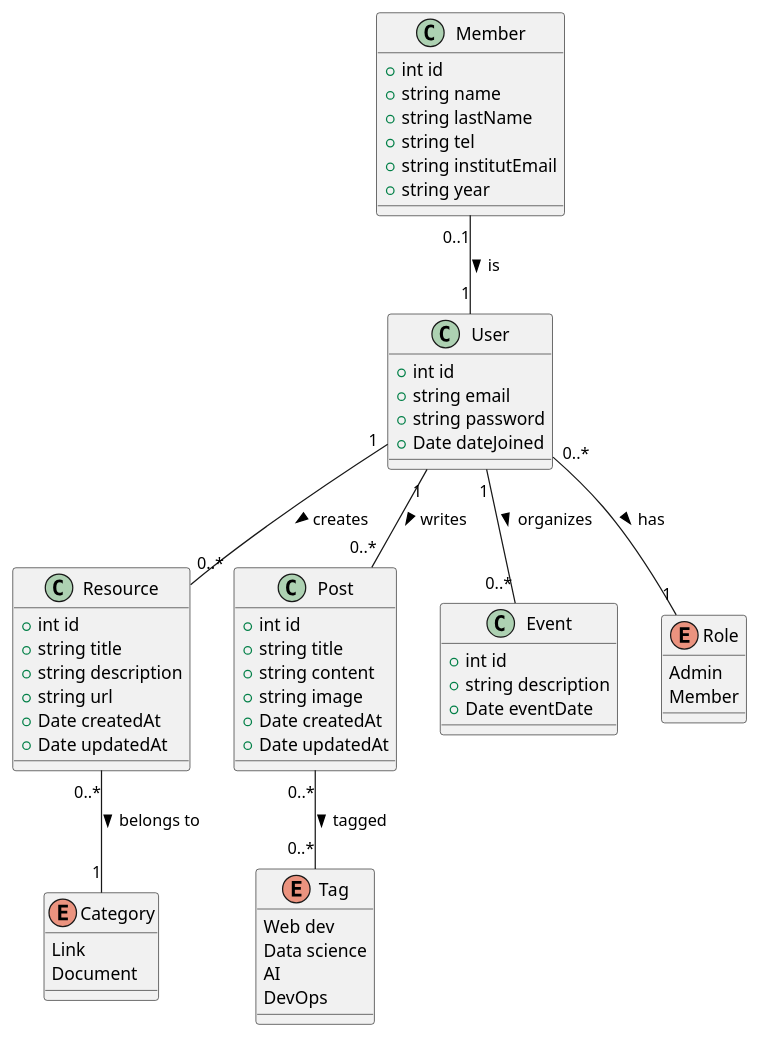
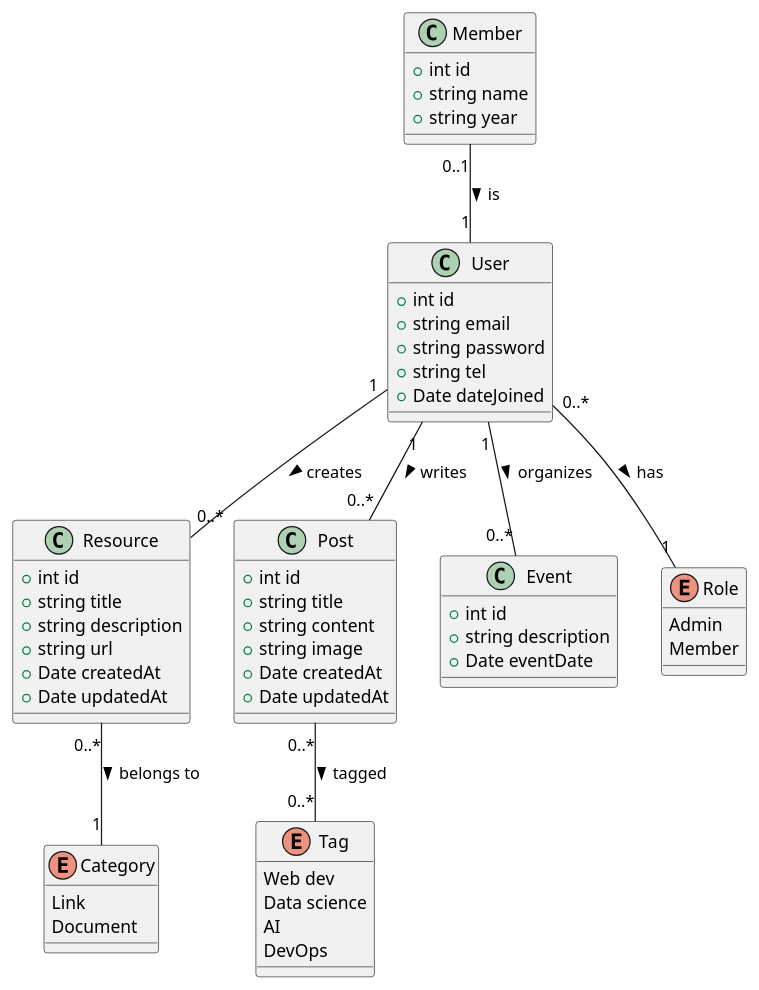
One commit to gl-ensias-community/gl-ensias changed the diagram in uml/class_diagram.plantuml. Above: the diagram before and after it, drawn with PlantUML. The commit also changed 8 other files, not shown here.

Commit message:
Add member schema and action

```diff
--- a/uml/class_diagram.plantuml
+++ b/uml/class_diagram.plantuml
@@ -1,68 +1,66 @@
 @startuml
 
 class User {
   +int id
   +string email
   +string password
+  +string tel
   +Date dateJoined
 }
 
 class Member {
   +int id
   +string name
-  +string lastName
-  +string tel
-  +string institutEmail
   +string year
 }
 
 class Resource {
   +int id
   +string title
   +string description
   +string url
   +Date createdAt
   +Date updatedAt
 }
 
 class Post {
   +int id
   +string title
   +string content
   +string image
   +Date createdAt
   +Date updatedAt
 }
 
 class Event {
   +int id
   +string description
   +Date eventDate
 }
 
 enum Role {
   Admin
   Member
 }
 
 enum Category {
   Link
   Document
 }
 
 enum Tag {
   Web dev
   Data science
   AI
   DevOps
 }
 
 User "1" -- "0..*" Resource : creates >
 User "1" -- "0..*" Post : writes >
 User "1" -- "0..*" Event : organizes >
 Member "0..1" -- "1" User : is >
 Resource "0..*" -- "1" Category : belongs to >
 Post "0..*" -- "0..*" Tag : tagged >
 User "0..*" -- "1" Role : has >
 
 @enduml
```
